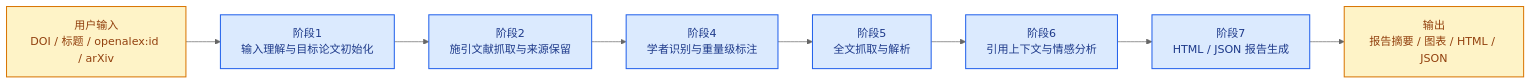
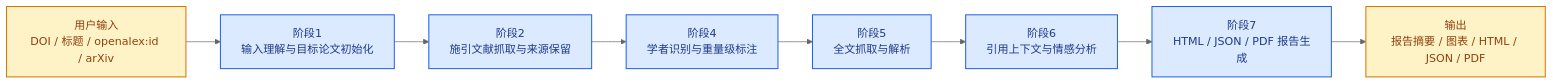
One commit to TimMCBen/CiteAnalyzer-Agent changed the first of 4 diagrams in docs/design-docs/citation-analysis-maps.md. Above: the diagram before and after it, drawn with Mermaid (neutral theme). The commit also changed other lines of this file and 17 other files, not shown here.

````diff
--- a/docs/design-docs/citation-analysis-maps.md
+++ b/docs/design-docs/citation-analysis-maps.md
@@ -23,19 +23,19 @@
 ```mermaid
 flowchart LR
     input["用户输入<br/>DOI / 标题 / openalex:id / arXiv"]
     s1["阶段1<br/>输入理解与目标论文初始化"]
     s2["阶段2<br/>施引文献抓取与来源保留"]
     s4["阶段4<br/>学者识别与重量级标注"]
     s5["阶段5<br/>全文抓取与解析"]
     s6["阶段6<br/>引用上下文与情感分析"]
-    s7["阶段7<br/>HTML / JSON 报告生成"]
-    output["输出<br/>报告摘要 / 图表 / HTML / JSON"]
+    s7["阶段7<br/>HTML / JSON / PDF 报告生成"]
+    output["输出<br/>报告摘要 / 图表 / HTML / JSON / PDF"]
 
     input --> s1 --> s2 --> s4 --> s5 --> s6 --> s7 --> output
 
     classDef stage fill:#dbeafe,stroke:#2563eb,stroke-width:1.5px,color:#1e3a8a
     classDef io fill:#fef3c7,stroke:#d97706,stroke-width:1.5px,color:#92400e
 
     class s1,s2,s4,s5,s6,s7 stage
     class input,output io
 ```
````
